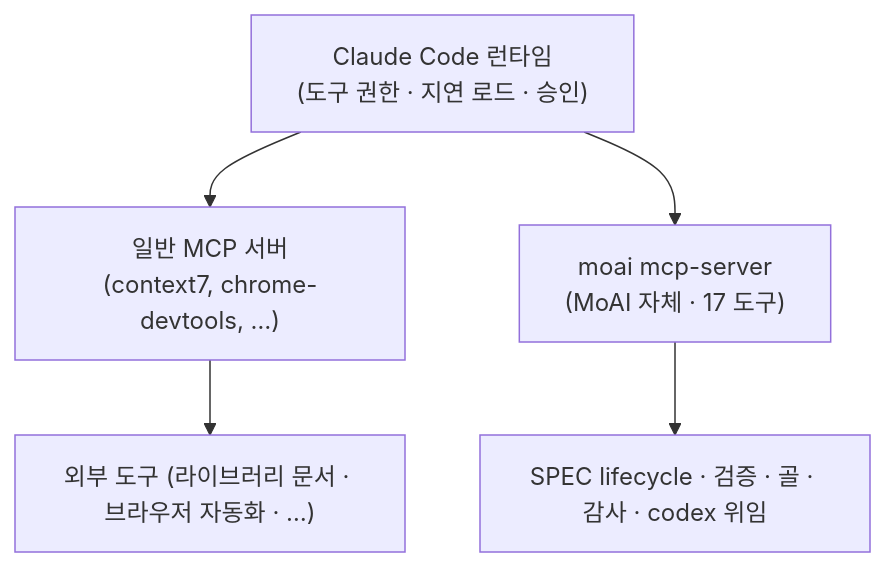
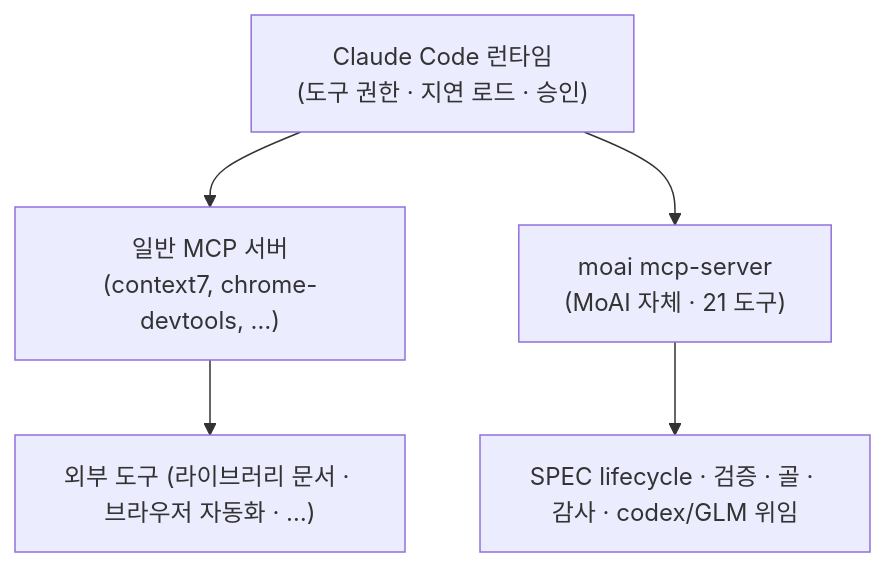
The diagram in docs-site/content/ko/guides/mcp-server.md (modu-ai/moai-adk), drawn with Mermaid before and after one commit. The commit also changed other lines of this file and 86 other files, not shown here.

First line of the commit message:
docs(ossdocs): v3.1.1 doc-gap landing — 13-page x4-locale + mermaid fixes + version sync + backend-mix

````diff
--- a/docs-site/content/ko/guides/mcp-server.md
+++ b/docs-site/content/ko/guides/mcp-server.md
@@ -28,10 +28,10 @@
 ```mermaid
 flowchart TD
     CC["Claude Code 런타임<br/>(도구 권한 · 지연 로드 · 승인)"]
     CMCP["일반 MCP 서버<br/>(context7, chrome-devtools, …)"]
-    MMCP["moai mcp-server<br/>(MoAI 자체 · 17 도구)"]
+    MMCP["moai mcp-server<br/>(MoAI 자체 · 21 도구)"]
     CC --> CMCP
     CC --> MMCP
-    MMCP --> TOOLS["SPEC lifecycle · 검증 · 골 · 감사 · codex 위임"]
+    MMCP --> TOOLS["SPEC lifecycle · 검증 · 골 · 감사 · codex/GLM 위임"]
     CMCP --> EXT["외부 도구 (라이브러리 문서 · 브라우저 자동화 · …)"]
 ```
````
